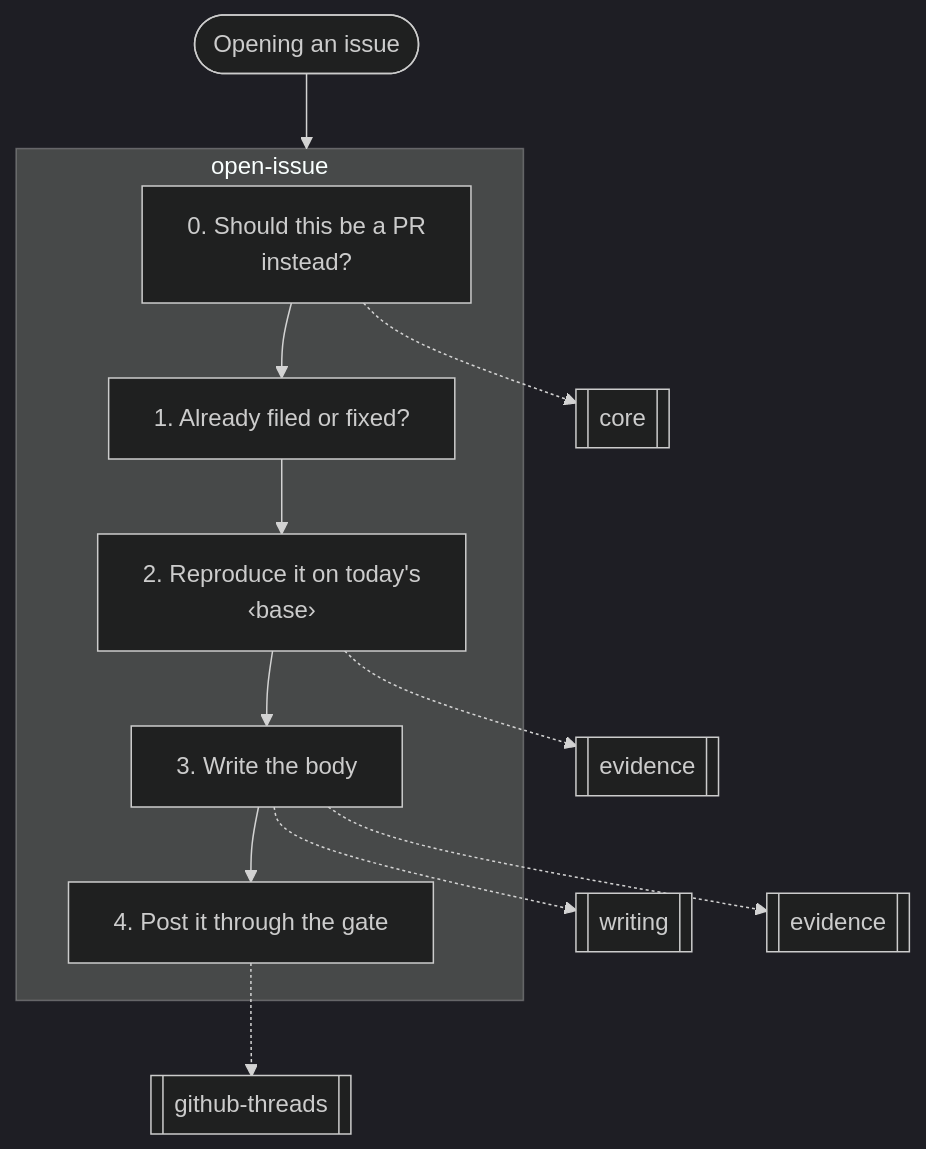
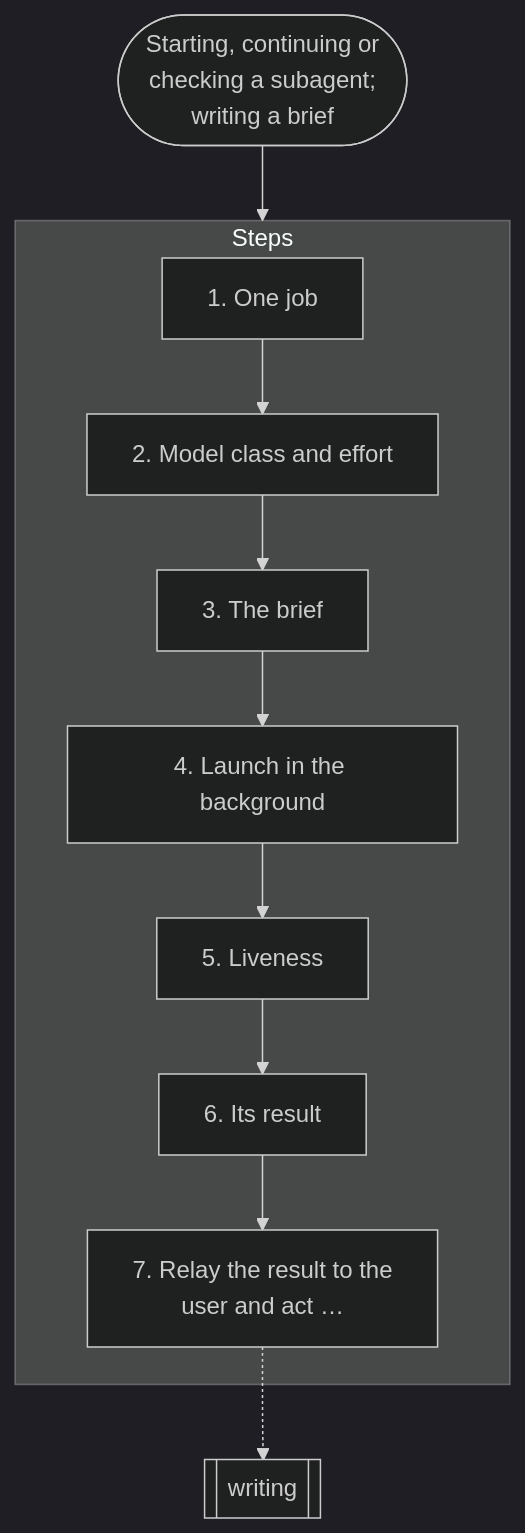
The eighth of 16 diagrams in docs/graphs.md (nitedani-agent/mergeworthy), drawn with Mermaid (dark theme) before and after one commit. The commit also changed other lines of this file and 60 other files, not shown here.

````diff
--- a/docs/graphs.md
+++ b/docs/graphs.md
@@ -285,21 +205,21 @@
 ```mermaid
 flowchart TB
-  start(["Opening an issue"])
-  subgraph g0["open-issue"]
-    s0["0. Should this be a PR<br/>instead?"]
-    s1["1. Already filed or fixed?"]
+  start(["Starting, continuing or<br/>checking a subagent;<br/>writing a brief"])
+  subgraph g0["Steps"]
+    s0["1. One job"]
+    s1["2. Model class and effort"]
     s0 --> s1
-    s2["2. Reproduce it on today's<br/>‹base›"]
+    s2["3. The brief"]
     s1 --> s2
-    s3["3. Write the body"]
+    s3["4. Launch in the background"]
     s2 --> s3
-    s4["4. Post it through the gate"]
+    s4["5. Liveness"]
     s3 --> s4
+    s5["6. Its result"]
+    s4 --> s5
+    s6["7. Relay the result to the<br/>user and act …"]
+    s5 --> s6
   end
-  s0 -.-> r1[["core"]]
-  s2 -.-> r2[["evidence"]]
-  s3 -.-> r3[["writing"]]
-  s3 -.-> r4[["evidence"]]
-  s4 -.-> r5[["github-threads"]]
+  s6 -.-> r1[["writing"]]
   start --> g0
 ```
````
